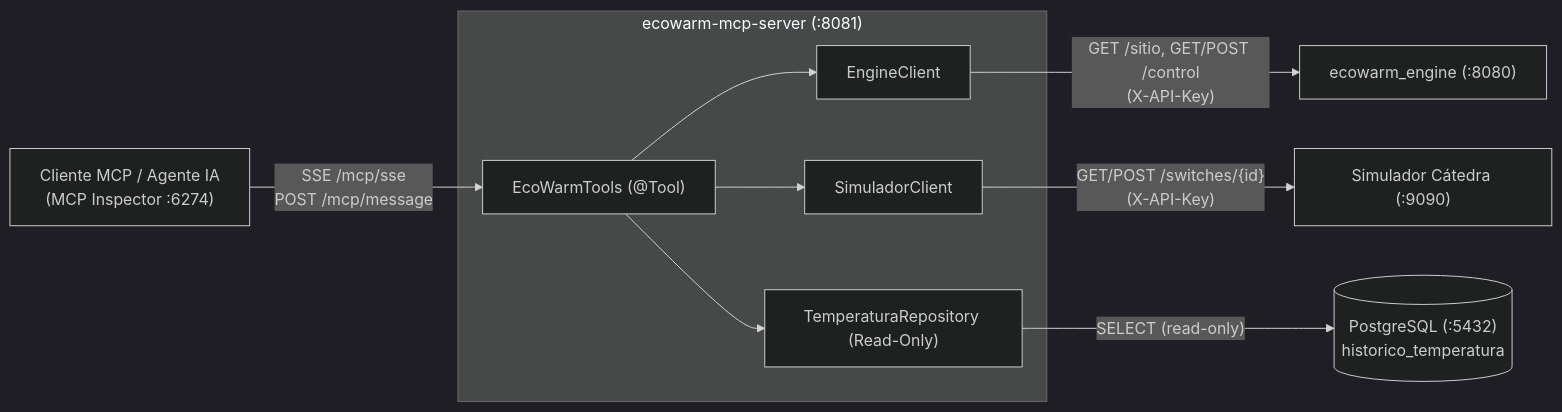
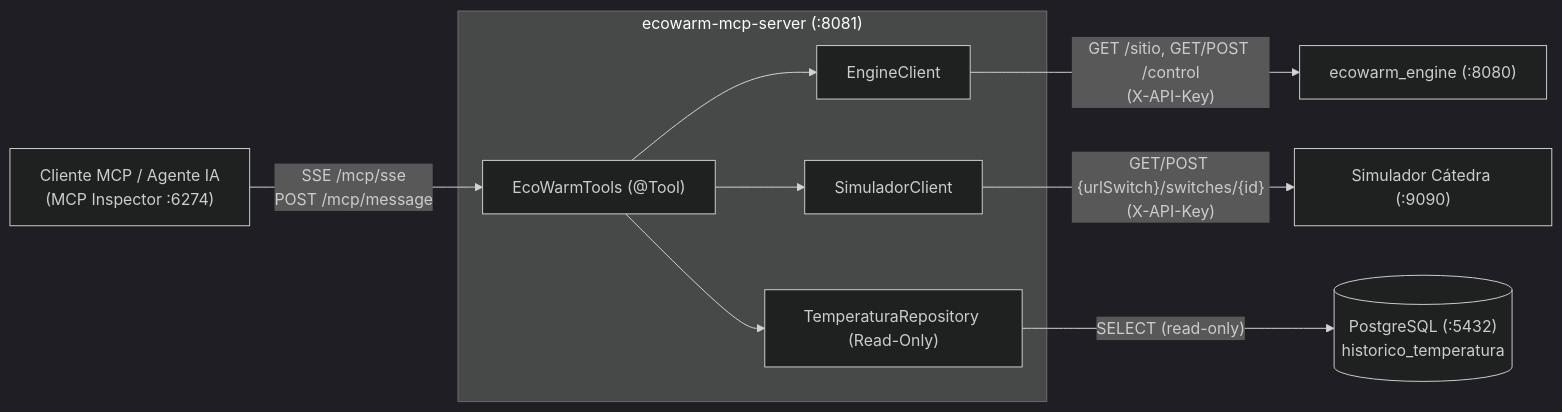
Before and after one commit to guzmanbarbatto/iiss-2026-grupo-3-vespertino: the diagram in docs/mcp/pruebas-mcp.md, drawn with Mermaid (dark theme). The commit also changed other lines of this file and 33 other files, not shown here.

````diff
--- a/docs/mcp/pruebas-mcp.md
+++ b/docs/mcp/pruebas-mcp.md
@@ -19,18 +19,18 @@
 ```mermaid
 flowchart LR
     CLIENT["Cliente MCP / Agente IA<br/>(MCP Inspector :6274)"]
     subgraph MCP["ecowarm-mcp-server (:8081)"]
         TOOLS["EcoWarmTools (@Tool)"]
         ECLI["EngineClient"]
         SCLI["SimuladorClient"]
         TREPO["TemperaturaRepository (Read-Only)"]
     end
     ENGINE["ecowarm_engine (:8080)"]
     SIM["Simulador Cátedra (:9090)"]
     DB[("PostgreSQL (:5432)<br/>historico_temperatura")]
 
     CLIENT -- "SSE /mcp/sse<br/>POST /mcp/message" --> TOOLS
     TOOLS --> ECLI -- "GET /sitio, GET/POST /control<br/>(X-API-Key)" --> ENGINE
-    TOOLS --> SCLI -- "GET/POST /switches/{id}<br/>(X-API-Key)" --> SIM
+    TOOLS --> SCLI -- "GET/POST {urlSwitch}/switches/{id}<br/>(X-API-Key)" --> SIM
     TOOLS --> TREPO -- "SELECT (read-only)" --> DB
 ```
````
